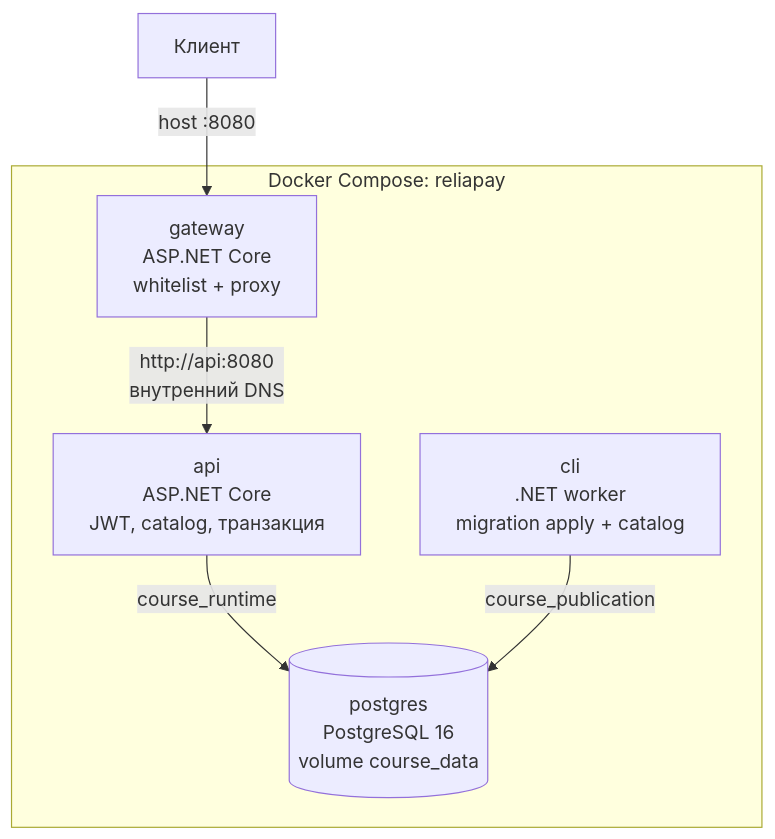
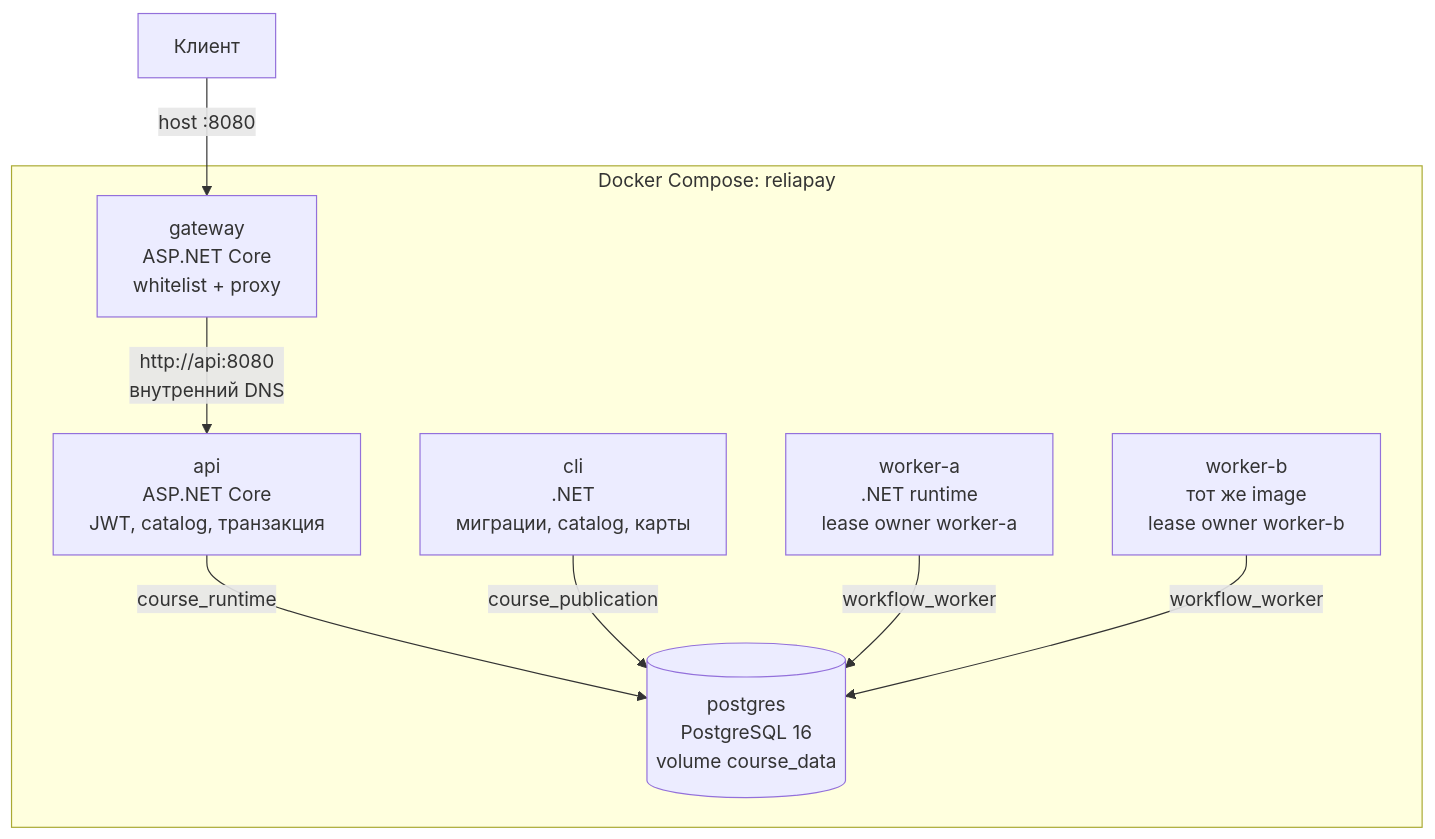
One commit to simbarilion/ReliaPay changed the second of 2 diagrams in docs/c4-containers.md. Above: the diagram before and after it, drawn with Mermaid. The commit also changed other lines of this file and 6 other files, not shown here.

Commit message:
Документированы workflow-карты, два worker и lease: README, C4 и ADR-0003 без смены HTTP-входа localhost:8080.

````diff
--- a/docs/c4-containers.md
+++ b/docs/c4-containers.md
@@ -27,16 +28,20 @@
 ```mermaid
 flowchart TB
   client["Клиент"]
 
   subgraph compose["Docker Compose: reliapay"]
     gw["gateway<br/>ASP.NET Core<br/>whitelist + proxy"]
     api["api<br/>ASP.NET Core<br/>JWT, catalog, транзакция"]
-    cli["cli<br/>.NET worker<br/>migration apply + catalog"]
+    cli["cli<br/>.NET<br/>миграции, catalog, карты"]
+    wa["worker-a<br/>.NET runtime<br/>lease owner worker-a"]
+    wb["worker-b<br/>тот же image<br/>lease owner worker-b"]
     pg[("postgres<br/>PostgreSQL 16<br/>volume course_data")]
   end
 
   client -->|"host :8080"| gw
   gw -->|"http://api:8080<br/>внутренний DNS"| api
   api -->|"course_runtime"| pg
   cli -->|"course_publication"| pg
+  wa -->|"workflow_worker"| pg
+  wb -->|"workflow_worker"| pg
 ```
````
